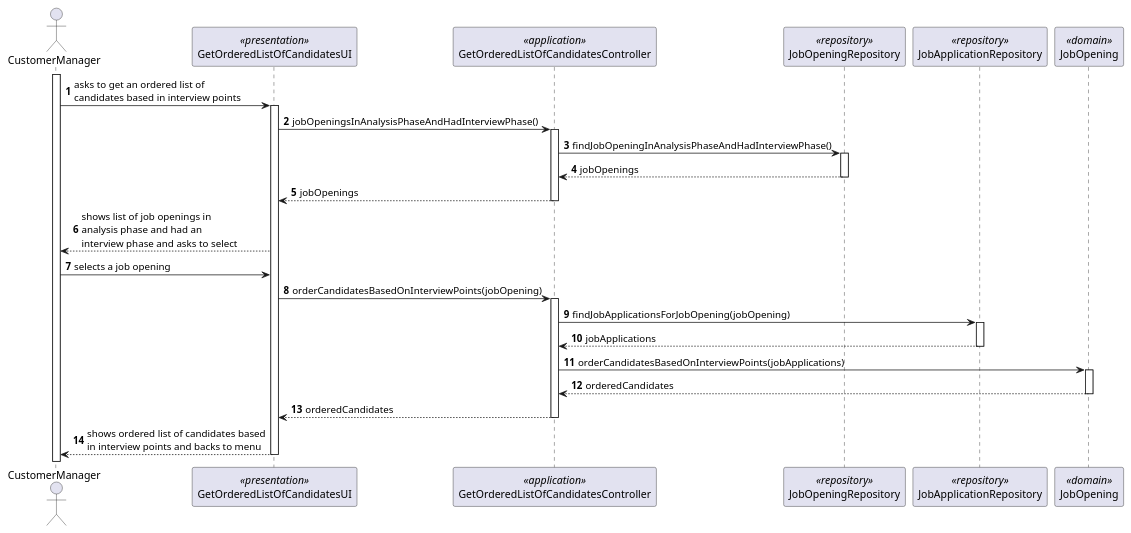
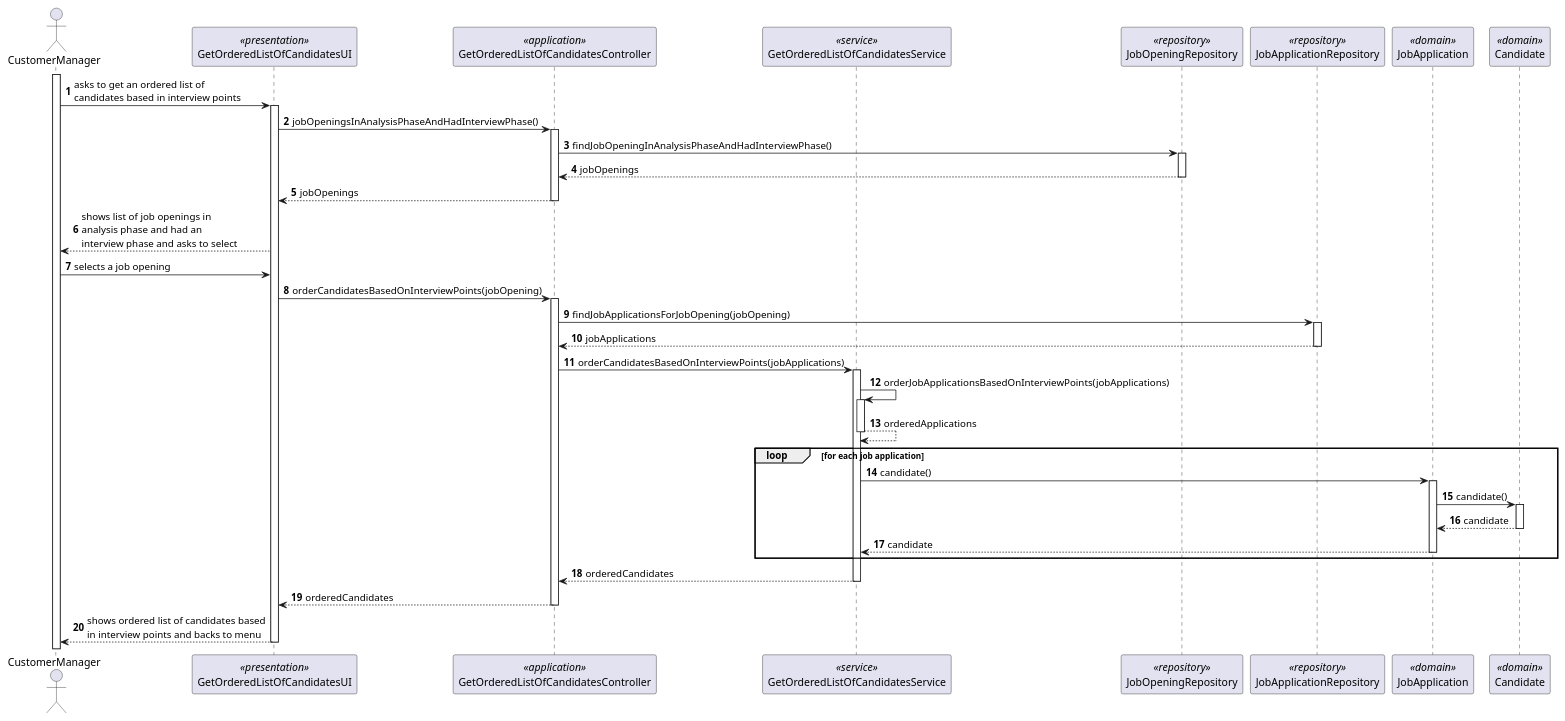
One commit to Rodrick0209/ISEP-SEM4PI-23-24 changed the diagram in docs/SprintC/us1019/SD/SD.puml. Above: the diagram before and after it, drawn with PlantUML. The commit also changed 1 other file, not shown here.

```diff
--- a/docs/SprintC/us1019/SD/SD.puml
+++ b/docs/SprintC/us1019/SD/SD.puml
@@ -1,46 +1,62 @@
 @startuml
 'https://plantuml.com/sequence-diagram
 
 autonumber
 
 actor CustomerManager
 participant GetOrderedListOfCandidatesUI <<presentation>>
 participant GetOrderedListOfCandidatesController <<application>>
+participant GetOrderedListOfCandidatesService <<service>>
 participant JobOpeningRepository <<repository>>
 participant JobApplicationRepository <<repository>>
-participant JobOpening <<domain>>
+participant JobApplication <<domain>>
+participant Candidate <<domain>>
 
 activate CustomerManager
 CustomerManager -> GetOrderedListOfCandidatesUI : asks to get an ordered list of\ncandidates based in interview points
 activate GetOrderedListOfCandidatesUI
 GetOrderedListOfCandidatesUI -> GetOrderedListOfCandidatesController : jobOpeningsInAnalysisPhaseAndHadInterviewPhase()
 activate GetOrderedListOfCandidatesController
 GetOrderedListOfCandidatesController -> JobOpeningRepository : findJobOpeningInAnalysisPhaseAndHadInterviewPhase()
 activate JobOpeningRepository
 JobOpeningRepository --> GetOrderedListOfCandidatesController : jobOpenings
 deactivate JobOpeningRepository
 GetOrderedListOfCandidatesController --> GetOrderedListOfCandidatesUI : jobOpenings
 deactivate GetOrderedListOfCandidatesController
 GetOrderedListOfCandidatesUI --> CustomerManager : shows list of job openings in \nanalysis phase and had an\ninterview phase and asks to select
 CustomerManager -> GetOrderedListOfCandidatesUI : selects a job opening
 GetOrderedListOfCandidatesUI -> GetOrderedListOfCandidatesController : orderCandidatesBasedOnInterviewPoints(jobOpening)
 activate GetOrderedListOfCandidatesController
 GetOrderedListOfCandidatesController -> JobApplicationRepository : findJobApplicationsForJobOpening(jobOpening)
 activate JobApplicationRepository
 JobApplicationRepository --> GetOrderedListOfCandidatesController : jobApplications
 deactivate JobApplicationRepository
-GetOrderedListOfCandidatesController -> JobOpening : orderCandidatesBasedOnInterviewPoints(jobApplications)
-activate JobOpening
-JobOpening --> GetOrderedListOfCandidatesController : orderedCandidates
-deactivate JobOpening
+GetOrderedListOfCandidatesController -> GetOrderedListOfCandidatesService : orderCandidatesBasedOnInterviewPoints(jobApplications)
+activate GetOrderedListOfCandidatesService
+GetOrderedListOfCandidatesService -> GetOrderedListOfCandidatesService : orderJobApplicationsBasedOnInterviewPoints(jobApplications)
+activate GetOrderedListOfCandidatesService
+GetOrderedListOfCandidatesService --> GetOrderedListOfCandidatesService : orderedApplications
+deactivate GetOrderedListOfCandidatesService
+loop for each job application
+GetOrderedListOfCandidatesService -> JobApplication : candidate()
+activate JobApplication
+JobApplication -> Candidate : candidate()
+activate Candidate
+Candidate --> JobApplication : candidate
+deactivate Candidate
+JobApplication --> GetOrderedListOfCandidatesService : candidate
+deactivate JobApplication
+end loop
+GetOrderedListOfCandidatesService --> GetOrderedListOfCandidatesController : orderedCandidates
+deactivate GetOrderedListOfCandidatesService
 GetOrderedListOfCandidatesController --> GetOrderedListOfCandidatesUI : orderedCandidates
 deactivate GetOrderedListOfCandidatesController
 
 
 
 deactivate JobApplicationRepository
 
 GetOrderedListOfCandidatesUI --> CustomerManager : shows ordered list of candidates based\nin interview points and backs to menu
 deactivate GetOrderedListOfCandidatesUI
 
 @enduml
```
